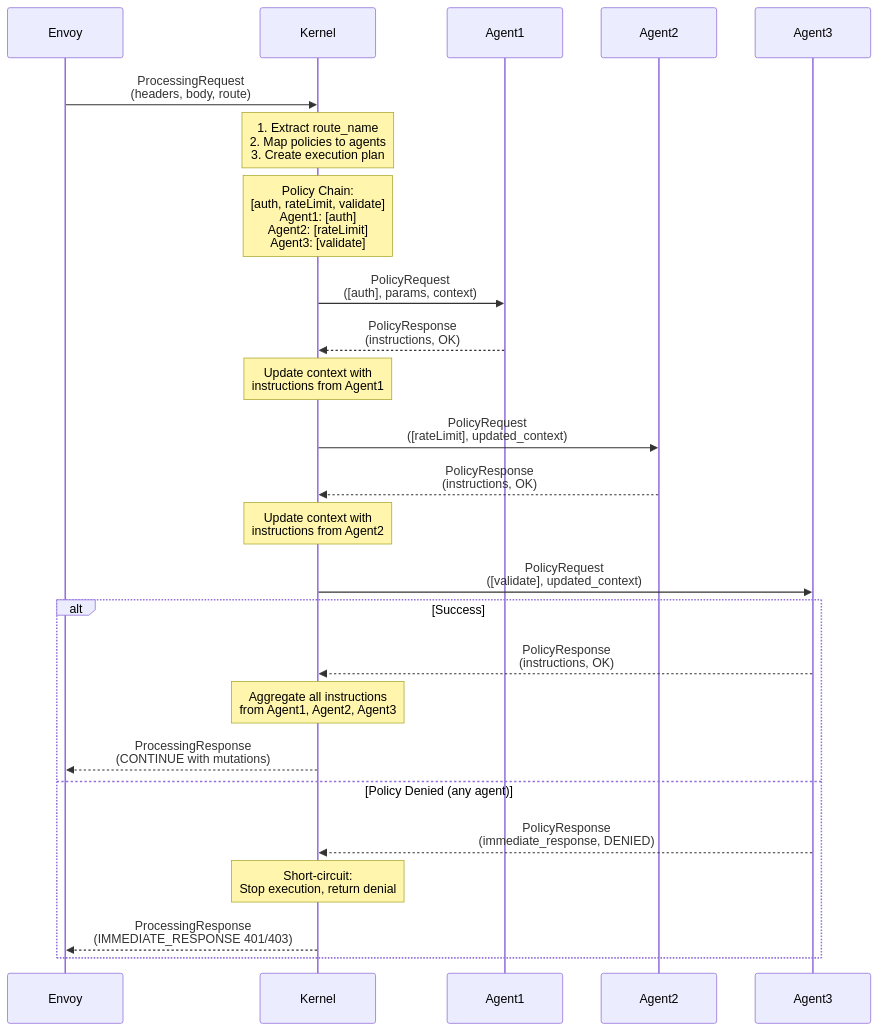
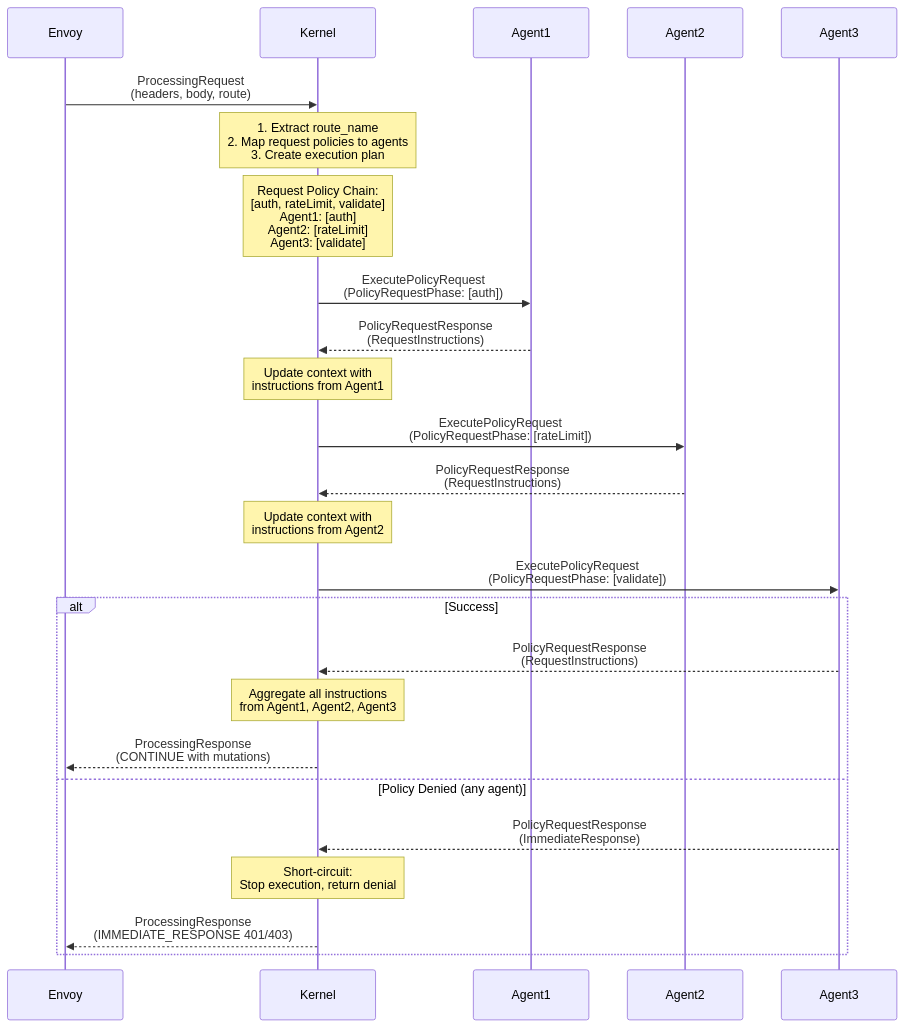
The sixth of 7 diagrams in policy-kernel/SPEC.md (renuka-fernando/envoy-policy-engine), drawn with Mermaid before and after one commit. The commit also changed other lines of this file and 3 other files, not shown here.

First line of the commit message:
Refactor Policy Agent and Kernel Communication Protocol

````diff
--- a/policy-kernel/SPEC.md
+++ b/policy-kernel/SPEC.md
@@ -864,36 +1335,36 @@
 ```mermaid
 sequenceDiagram
     participant Envoy
     participant Kernel
     participant Agent1
     participant Agent2
     participant Agent3
 
     Envoy->>Kernel: ProcessingRequest<br/>(headers, body, route)
 
-    Note over Kernel: 1. Extract route_name<br/>2. Map policies to agents<br/>3. Create execution plan
+    Note over Kernel: 1. Extract route_name<br/>2. Map request policies to agents<br/>3. Create execution plan
 
-    Note over Kernel: Policy Chain:<br/>[auth, rateLimit, validate]<br/>Agent1: [auth]<br/>Agent2: [rateLimit]<br/>Agent3: [validate]
+    Note over Kernel: Request Policy Chain:<br/>[auth, rateLimit, validate]<br/>Agent1: [auth]<br/>Agent2: [rateLimit]<br/>Agent3: [validate]
 
-    Kernel->>Agent1: PolicyRequest<br/>([auth], params, context)
-    Agent1-->>Kernel: PolicyResponse<br/>(instructions, OK)
+    Kernel->>Agent1: ExecutePolicyRequest<br/>(PolicyRequestPhase: [auth])
+    Agent1-->>Kernel: PolicyRequestResponse<br/>(RequestInstructions)
 
     Note over Kernel: Update context with<br/>instructions from Agent1
 
-    Kernel->>Agent2: PolicyRequest<br/>([rateLimit], updated_context)
-    Agent2-->>Kernel: PolicyResponse<br/>(instructions, OK)
+    Kernel->>Agent2: ExecutePolicyRequest<br/>(PolicyRequestPhase: [rateLimit])
+    Agent2-->>Kernel: PolicyRequestResponse<br/>(RequestInstructions)
 
     Note over Kernel: Update context with<br/>instructions from Agent2
 
-    Kernel->>Agent3: PolicyRequest<br/>([validate], updated_context)
+    Kernel->>Agent3: ExecutePolicyRequest<br/>(PolicyRequestPhase: [validate])
 
     alt Success
-        Agent3-->>Kernel: PolicyResponse<br/>(instructions, OK)
+        Agent3-->>Kernel: PolicyRequestResponse<br/>(RequestInstructions)
         Note over Kernel: Aggregate all instructions<br/>from Agent1, Agent2, Agent3
         Kernel-->>Envoy: ProcessingResponse<br/>(CONTINUE with mutations)
     else Policy Denied (any agent)
-        Agent3-->>Kernel: PolicyResponse<br/>(immediate_response, DENIED)
+        Agent3-->>Kernel: PolicyRequestResponse<br/>(ImmediateResponse)
         Note over Kernel: Short-circuit:<br/>Stop execution, return denial
         Kernel-->>Envoy: ProcessingResponse<br/>(IMMEDIATE_RESPONSE 401/403)
     end
 ```
````
